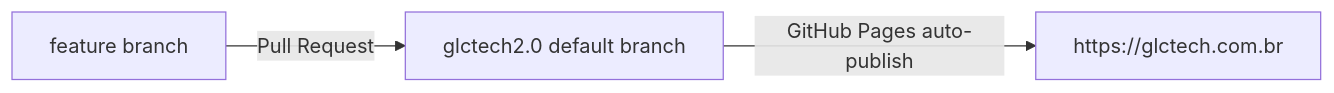
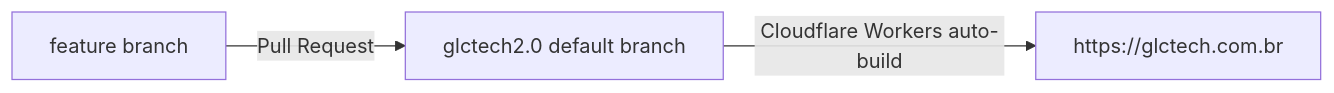
The second of 2 diagrams in README.md (glctech/site2.0), drawn with Mermaid before and after one commit. The commit also changed other lines of this file and 28 other files, not shown here.

````diff
--- a/README.md
+++ b/README.md
@@ -175,5 +190,5 @@
 ```mermaid
 flowchart LR
     F[feature branch] -->|Pull Request| M[glctech2.0 default branch]
-    M -->|GitHub Pages auto-publish| P[https://glctech.com.br]
+    M -->|Cloudflare Workers auto-build| P[https://glctech.com.br]
 ```
````
